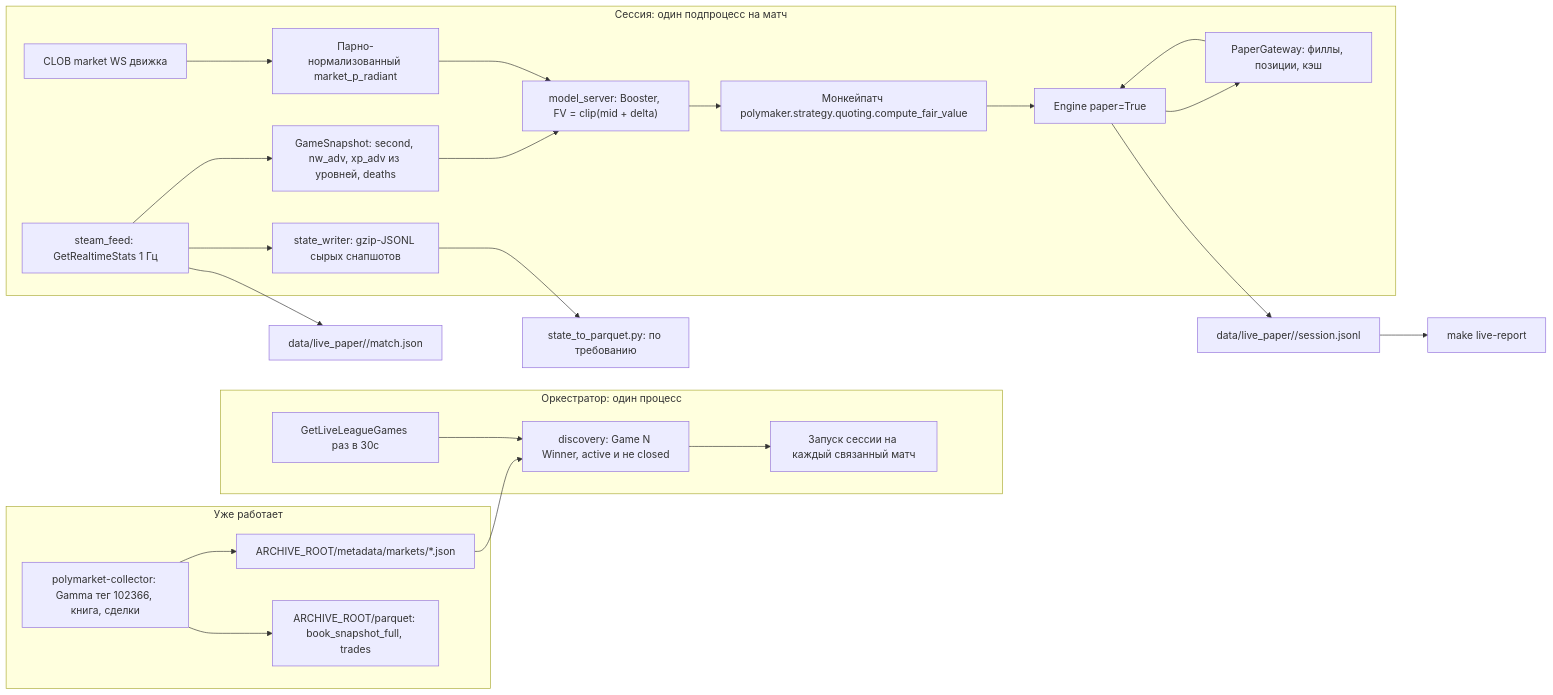
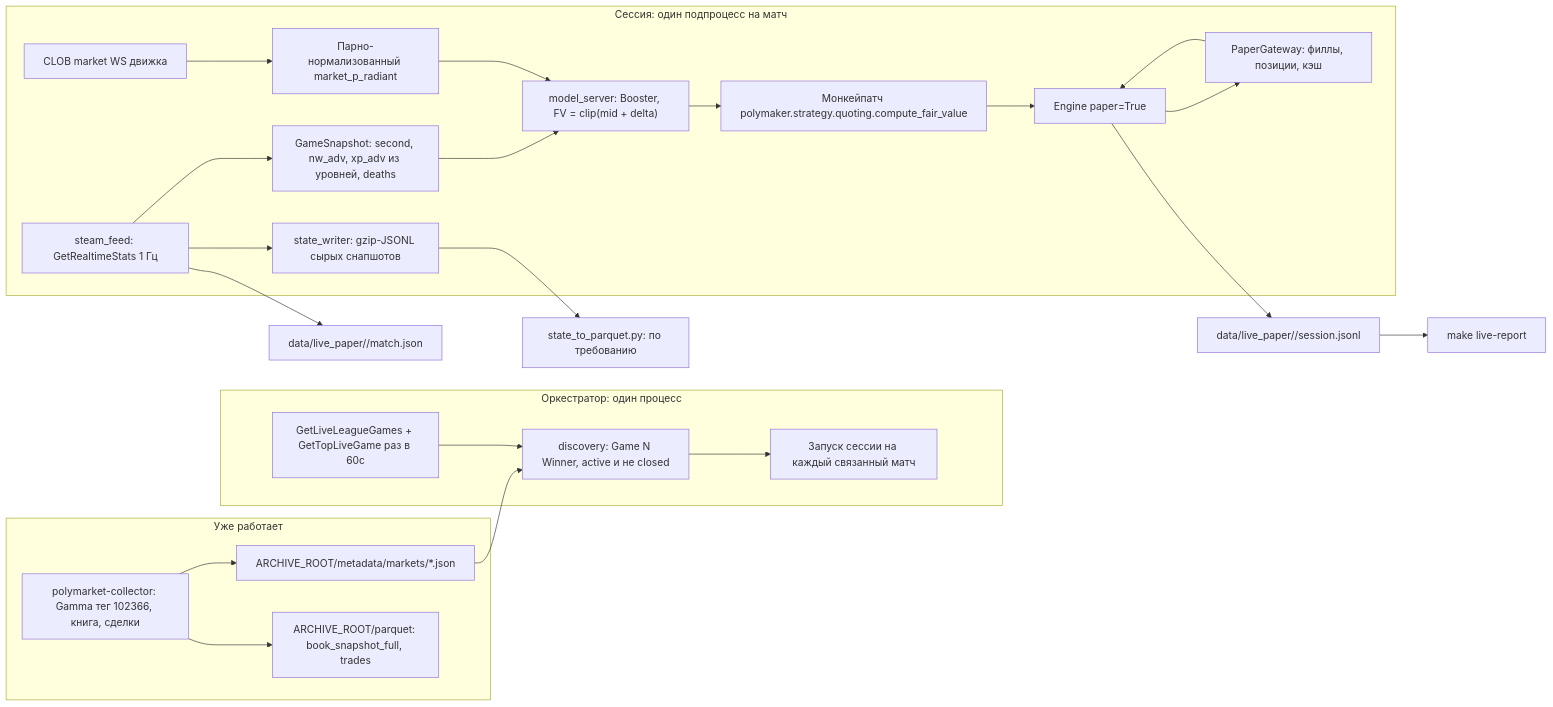
One commit to Dimabytes/betting_workspace changed the diagram in .cursor/plans/dota_live_paper_trading_97c73d9d.plan.md. Above: the diagram before and after it, drawn with Mermaid. The commit also changed other lines of this file, not shown here.

````diff
--- a/.cursor/plans/dota_live_paper_trading_97c73d9d.plan.md
+++ b/.cursor/plans/dota_live_paper_trading_97c73d9d.plan.md
@@ -93,27 +99,27 @@
 ```mermaid
 flowchart LR
   subgraph vps [Уже работает]
     coll["polymarket-collector: Gamma тег 102366, книга, сделки"] --> meta["ARCHIVE_ROOT/metadata/markets/*.json"]
     coll --> pq["ARCHIVE_ROOT/parquet: book_snapshot_full, trades"]
   end
   subgraph orch [Оркестратор: один процесс]
     meta --> disc["discovery: Game N Winner, active и не closed"]
-    steam["GetLiveLeagueGames раз в 30с"] --> disc
+    steam["GetLiveLeagueGames + GetTopLiveGame раз в 60с"] --> disc
     disc --> spawn["Запуск сессии на каждый связанный матч"]
   end
   subgraph sess [Сессия: один подпроцесс на матч]
     feed["steam_feed: GetRealtimeStats 1 Гц"] --> raw["state_writer: gzip-JSONL сырых снапшотов"]
     feed --> snap["GameSnapshot: second, nw_adv, xp_adv из уровней, deaths"]
     snap --> model["model_server: Booster, FV = clip(mid + delta)"]
     book["CLOB market WS движка"] --> mid["Парно-нормализованный market_p_radiant"]
     mid --> model
     model --> patch["Монкейпатч polymaker.strategy.quoting.compute_fair_value"]
     patch --> eng["Engine paper=True"]
     eng --> gw["PaperGateway: филлы, позиции, кэш"]
     gw --> eng
   end
   raw --> conv["state_to_parquet.py: по требованию"]
   eng --> jsonl["data/live_paper/<match_id>/session.jsonl"]
   feed --> mj["data/live_paper/<match_id>/match.json"]
   jsonl --> report["make live-report"]
 ```
````
